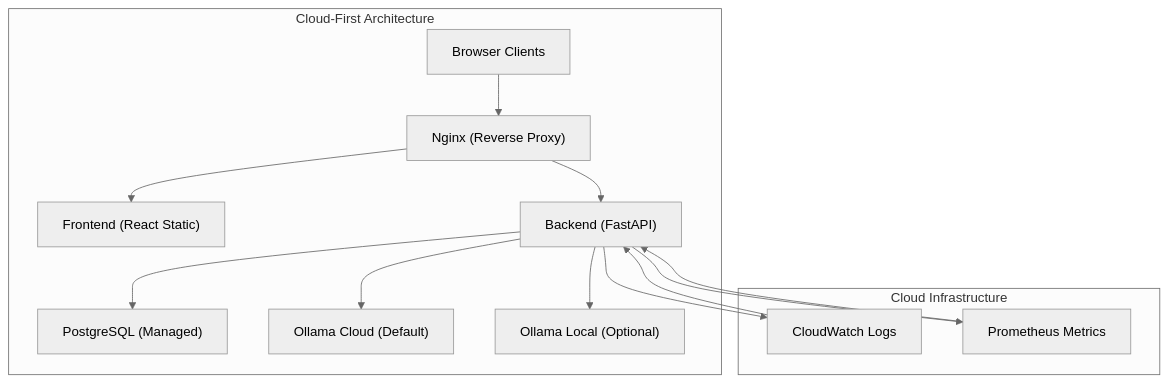
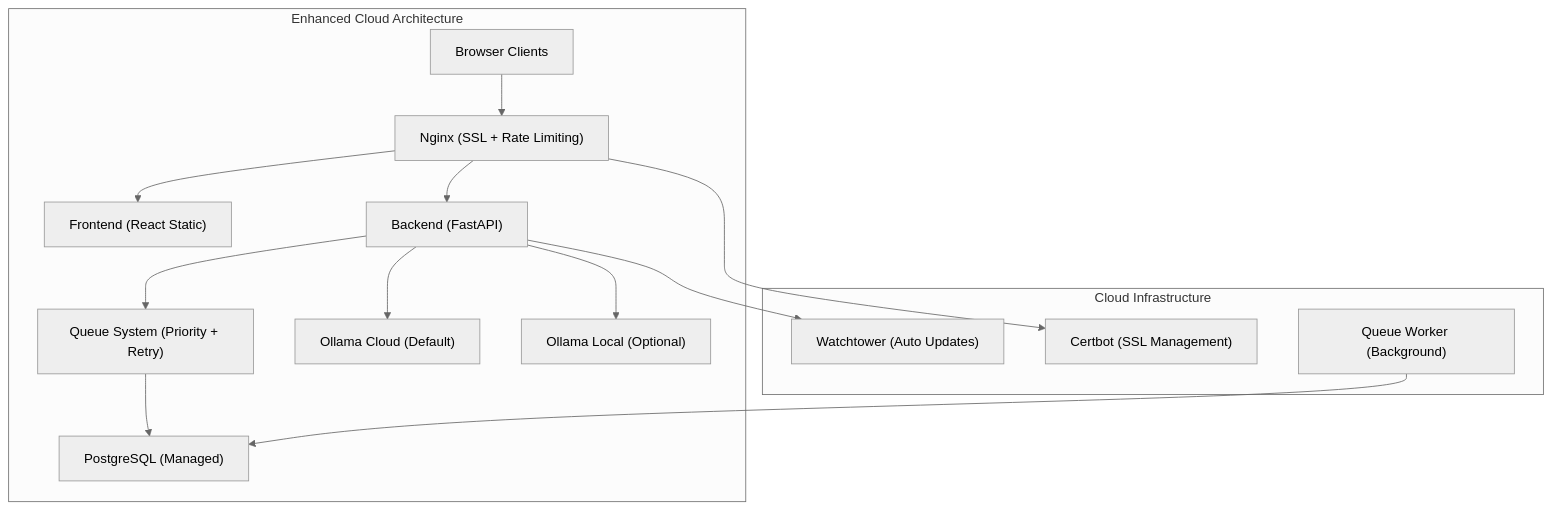
One commit to Revanththetalogics/aireume changed the first of 12 diagrams in .qoder/repowiki/en/content/Deployment & DevOps/Deployment & DevOps.md. Above: the diagram before and after it, drawn with Mermaid (neutral theme). The commit also changed other lines of this file and 20 other files, not shown here.

````diff
--- a/.qoder/repowiki/en/content/Deployment & DevOps/Deployment & DevOps.md
+++ b/.qoder/repowiki/en/content/Deployment & DevOps/Deployment & DevOps.md
@@ -56,17 +68,20 @@
 ```mermaid
 graph TB
-subgraph "Cloud-First Architecture"
-Client["Browser Clients"] --> Nginx["Nginx (Reverse Proxy)"]
+subgraph "Enhanced Cloud Architecture"
+Client["Browser Clients"] --> Nginx["Nginx (SSL + Rate Limiting)"]
 Nginx --> FE["Frontend (React Static)"]
 Nginx --> BE["Backend (FastAPI)"]
-BE --> DB["PostgreSQL (Managed)"]
+BE --> Queue["Queue System (Priority + Retry)"]
+Queue --> DB["PostgreSQL (Managed)"]
 BE --> OllamaCloud["Ollama Cloud (Default)"]
 BE --> OllamaLocal["Ollama Local (Optional)"]
 end
 subgraph "Cloud Infrastructure"
-CloudWatch["CloudWatch Logs"] --> BE
-Prometheus["Prometheus Metrics"] --> BE
+Watchtower["Watchtower (Auto Updates)"]
+Certbot["Certbot (SSL Management)"]
+QueueWorker["Queue Worker (Background)"]
 end
-BE --> CloudWatch
-BE --> Prometheus
+Nginx --> Certbot
+BE --> Watchtower
+QueueWorker --> DB
 ```
````
